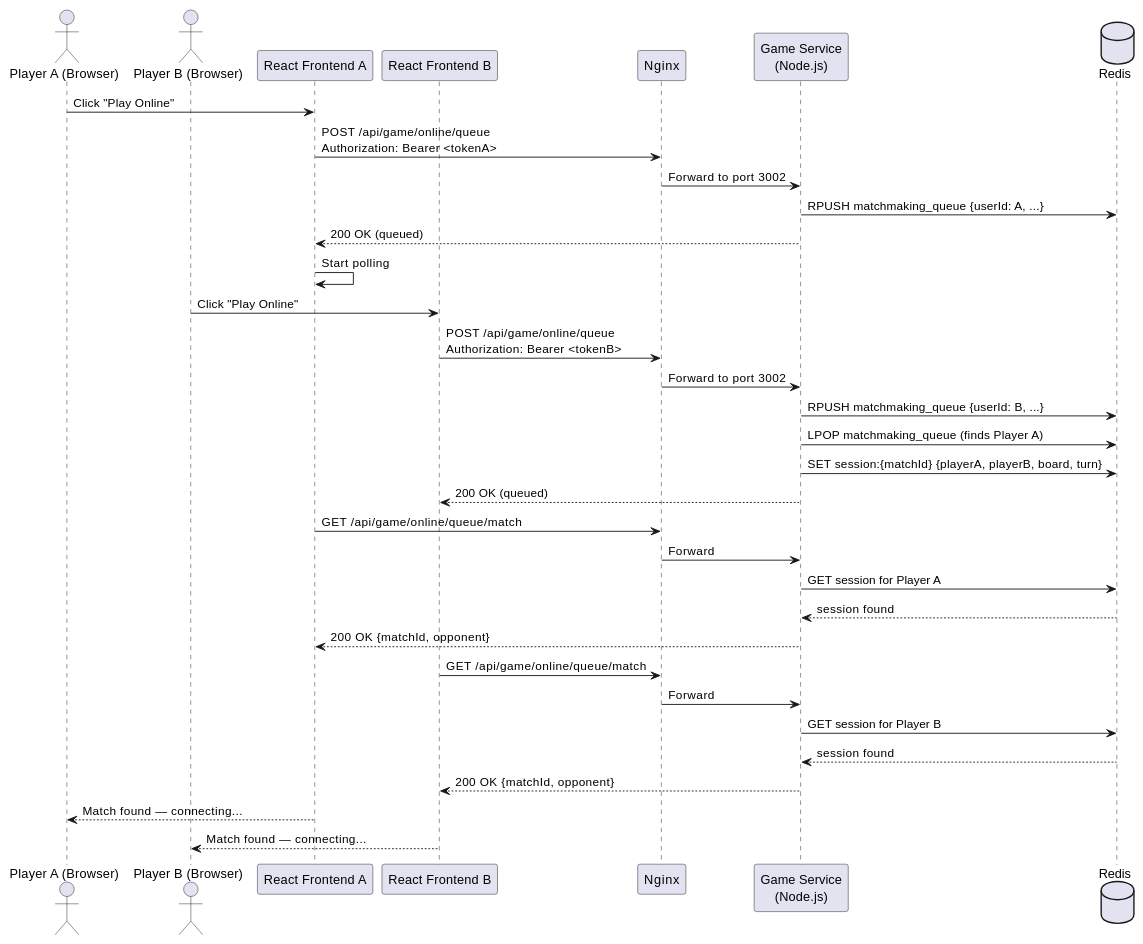
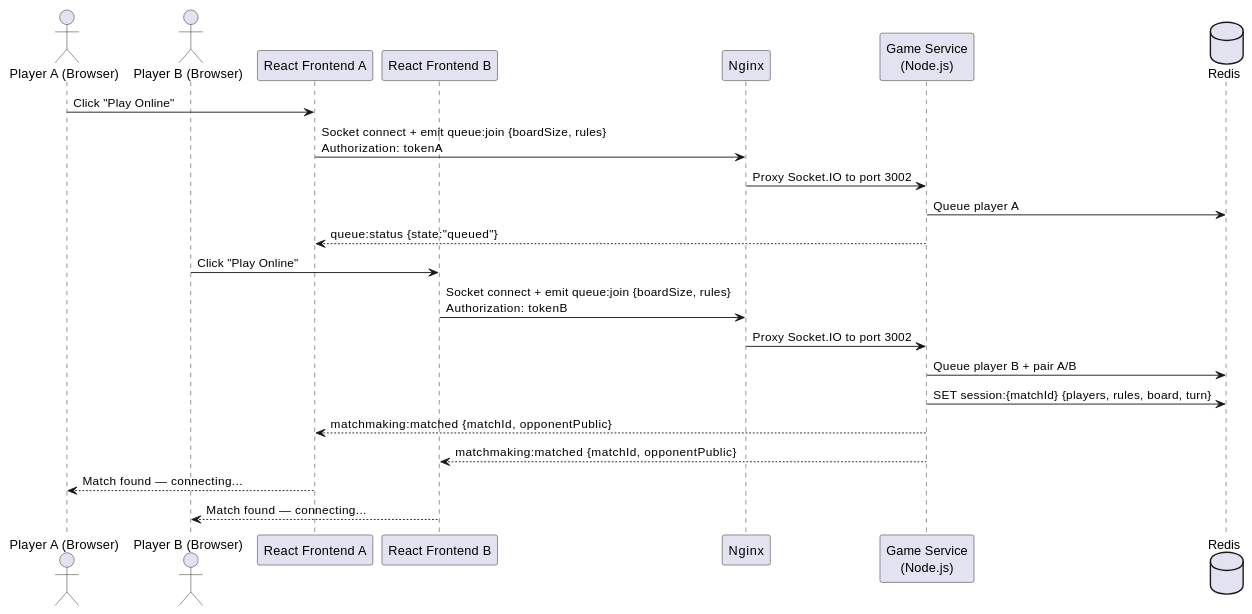
The seventh of 9 diagrams in docs/src/06_runtime_view.adoc (Arquisoft/yovi_es1c), drawn with PlantUML before and after one commit. The commit also changed other lines of this file and 12 other files, not shown here.

```diff
--- a/docs/src/06_runtime_view.adoc
+++ b/docs/src/06_runtime_view.adoc
@@ -272,41 +272,27 @@
 [plantuml, "runtime-matchmaking", png]
 ----
 actor "Player A (Browser)" as PlayerA
 actor "Player B (Browser)" as PlayerB
 participant "React Frontend A" as FrontendA
 participant "React Frontend B" as FrontendB
 participant "Nginx" as Nginx
 participant "Game Service\n(Node.js)" as GameService
 database "Redis" as Redis
 
 PlayerA -> FrontendA: Click "Play Online"
-FrontendA -> Nginx: POST /api/game/online/queue\nAuthorization: Bearer <tokenA>
-Nginx -> GameService: Forward to port 3002
-GameService -> Redis: RPUSH matchmaking_queue {userId: A, ...}
-GameService --> FrontendA: 200 OK (queued)
-
-FrontendA -> FrontendA: Start polling
+FrontendA -> Nginx: Socket connect + emit queue:join {boardSize, rules}\nAuthorization: tokenA
+Nginx -> GameService: Proxy Socket.IO to port 3002
+GameService -> Redis: Queue player A
+GameService --> FrontendA: queue:status {state:"queued"}
 
 PlayerB -> FrontendB: Click "Play Online"
-FrontendB -> Nginx: POST /api/game/online/queue\nAuthorization: Bearer <tokenB>
-Nginx -> GameService: Forward to port 3002
-GameService -> Redis: RPUSH matchmaking_queue {userId: B, ...}
-GameService -> Redis: LPOP matchmaking_queue (finds Player A)
-GameService -> Redis: SET session:{matchId} {playerA, playerB, board, turn}
-GameService --> FrontendB: 200 OK (queued)
-
-FrontendA -> Nginx: GET /api/game/online/queue/match
-Nginx -> GameService: Forward
-GameService -> Redis: GET session for Player A
-Redis --> GameService: session found
-GameService --> FrontendA: 200 OK {matchId, opponent}
-
-FrontendB -> Nginx: GET /api/game/online/queue/match
-Nginx -> GameService: Forward
-GameService -> Redis: GET session for Player B
-Redis --> GameService: session found
-GameService --> FrontendB: 200 OK {matchId, opponent}
+FrontendB -> Nginx: Socket connect + emit queue:join {boardSize, rules}\nAuthorization: tokenB
+Nginx -> GameService: Proxy Socket.IO to port 3002
+GameService -> Redis: Queue player B + pair A/B
+GameService -> Redis: SET session:{matchId} {players, rules, board, turn}
+GameService --> FrontendA: matchmaking:matched {matchId, opponentPublic}
+GameService --> FrontendB: matchmaking:matched {matchId, opponentPublic}
 
 FrontendA --> PlayerA: Match found — connecting...
 FrontendB --> PlayerB: Match found — connecting...
 ----
```
